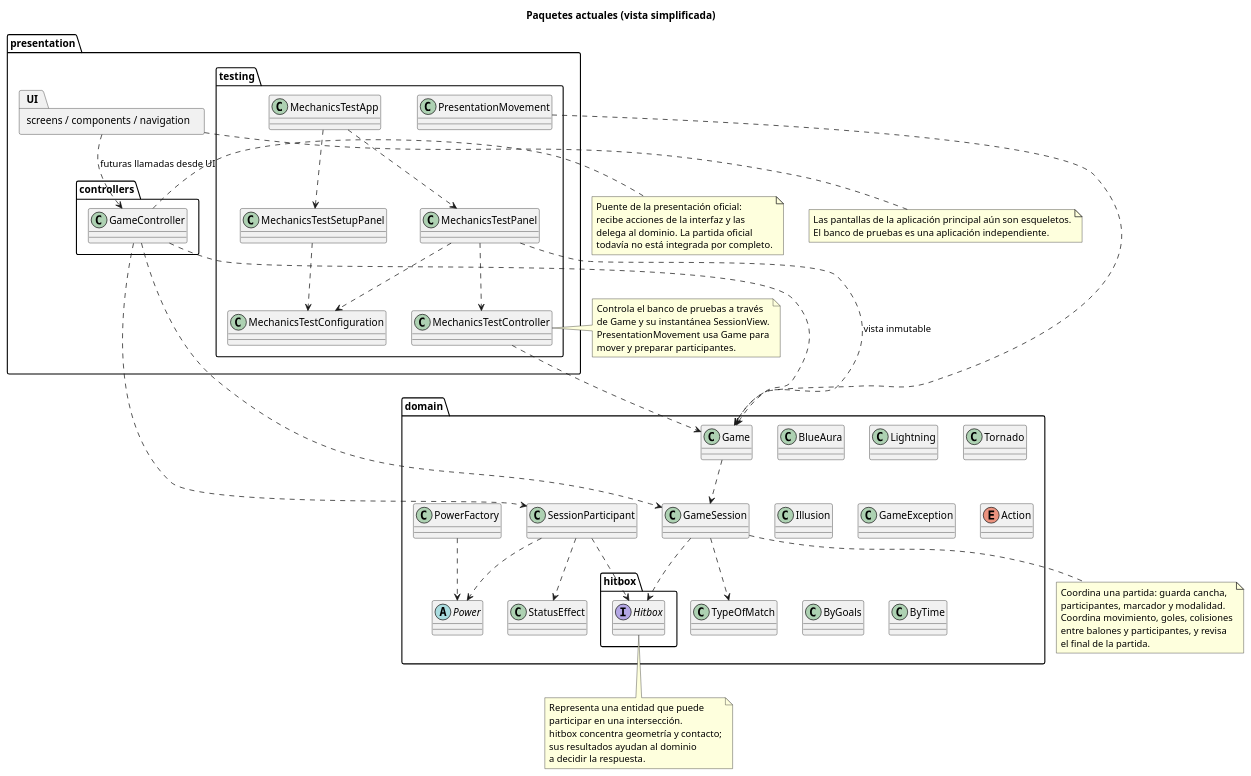
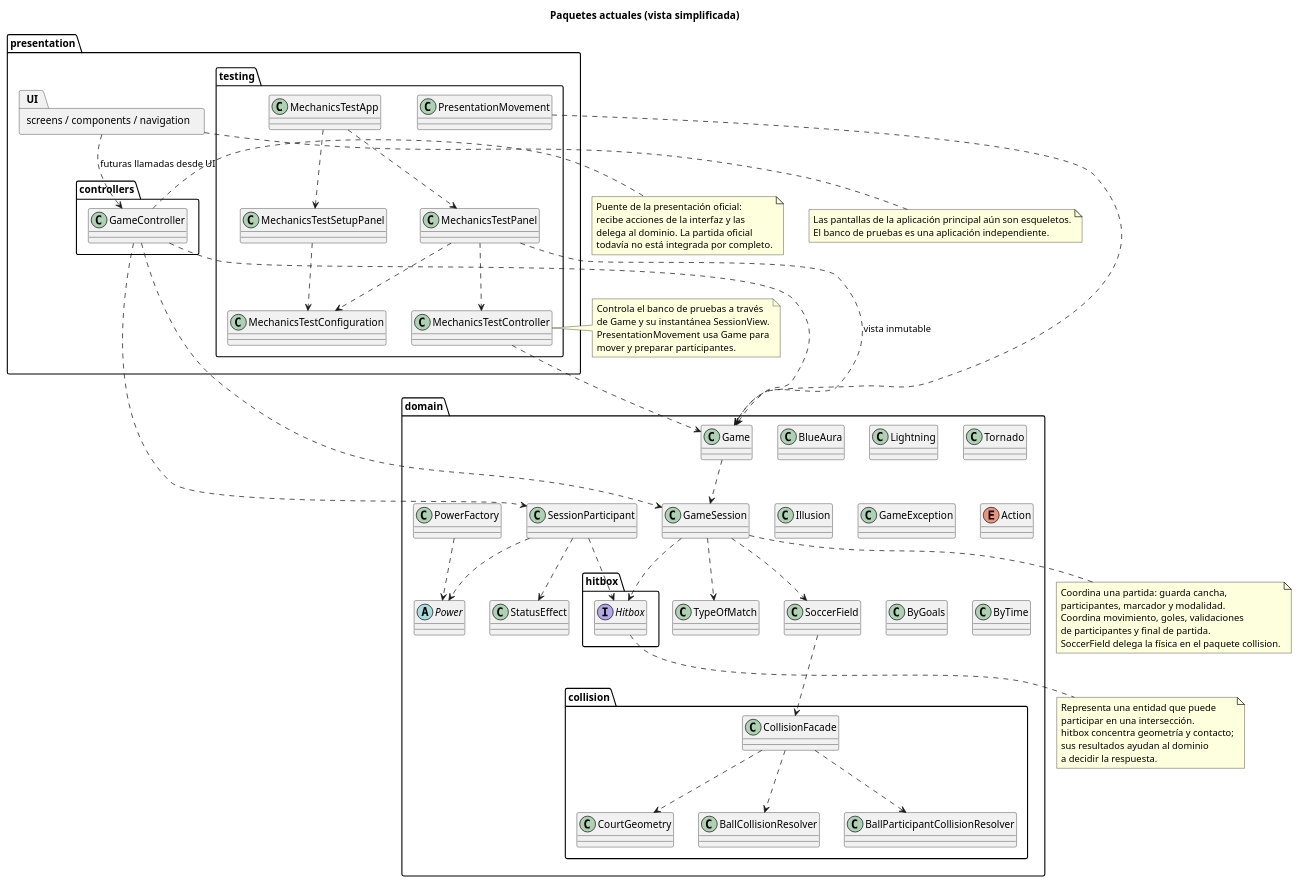
One commit to PaglkG/ProyectoFinal-Dopo changed the diagram in docs/uml/package-diagram.puml. Above: the diagram before and after it, drawn with PlantUML. The commit also changed 56 other files, not shown here.

```diff
--- a/docs/uml/package-diagram.puml
+++ b/docs/uml/package-diagram.puml
@@ -1,87 +1,99 @@
 @startuml
 allowmixing
 title Paquetes actuales (vista simplificada)
 package "presentation" {
   package "controllers" {
     class GameController
   }
   package "testing" {
     class MechanicsTestApp
     class MechanicsTestSetupPanel
     class MechanicsTestConfiguration
     class MechanicsTestPanel
     class MechanicsTestController
     class PresentationMovement
   }
   package "screens / components / navigation" as UI
 }
 package "domain" {
   class Game
   class GameSession
   class SessionParticipant
   class TypeOfMatch
   package "hitbox" {
     interface Hitbox
   }
   class StatusEffect
   abstract class Power
   class BlueAura
   class Lightning
   class Tornado
   class Illusion
   class PowerFactory
   class GameException
   enum Action
   class ByGoals
   class ByTime
+  class SoccerField
+  package "collision" {
+    class CollisionFacade
+    class CourtGeometry
+    class BallCollisionResolver
+    class BallParticipantCollisionResolver
+  }
 }
 GameController ..> Game
 GameController ..> GameSession
 GameController ..> SessionParticipant
 Game ..> GameSession
 GameSession ..> TypeOfMatch
 GameSession ..> Hitbox
+GameSession ..> SoccerField
+SoccerField ..> CollisionFacade
+CollisionFacade ..> CourtGeometry
+CollisionFacade ..> BallCollisionResolver
+CollisionFacade ..> BallParticipantCollisionResolver
 SessionParticipant ..> Hitbox
 SessionParticipant ..> StatusEffect
 SessionParticipant ..> Power
 PowerFactory ..> Power
 UI ..> GameController : futuras llamadas desde UI
 MechanicsTestPanel ..> MechanicsTestController
 MechanicsTestSetupPanel ..> MechanicsTestConfiguration
 MechanicsTestApp ..> MechanicsTestSetupPanel
 MechanicsTestApp ..> MechanicsTestPanel
 MechanicsTestPanel ..> MechanicsTestConfiguration
 MechanicsTestPanel ..> Game : vista inmutable
 MechanicsTestController ..> Game
 PresentationMovement ..> Game
 note bottom of UI
   Las pantallas de la aplicación principal aún son esqueletos.
   El banco de pruebas es una aplicación independiente.
 end note
 note right of GameController
   Puente de la presentación oficial:
   recibe acciones de la interfaz y las
   delega al dominio. La partida oficial
   todavía no está integrada por completo.
 end note
 note bottom of GameSession
   Coordina una partida: guarda cancha,
   participantes, marcador y modalidad.
-  Coordina movimiento, goles, colisiones
-  entre balones y participantes, y revisa
-  el final de la partida.
+  Coordina movimiento, goles, validaciones
+  de participantes y final de partida.
+  SoccerField delega la física en el paquete collision.
 end note
 note bottom of Hitbox
   Representa una entidad que puede
   participar en una intersección.
   hitbox concentra geometría y contacto;
   sus resultados ayudan al dominio
   a decidir la respuesta.
 end note
 note right of MechanicsTestController
   Controla el banco de pruebas a través
   de Game y su instantánea SessionView.
   PresentationMovement usa Game para
   mover y preparar participantes.
 end note
 @enduml
```
